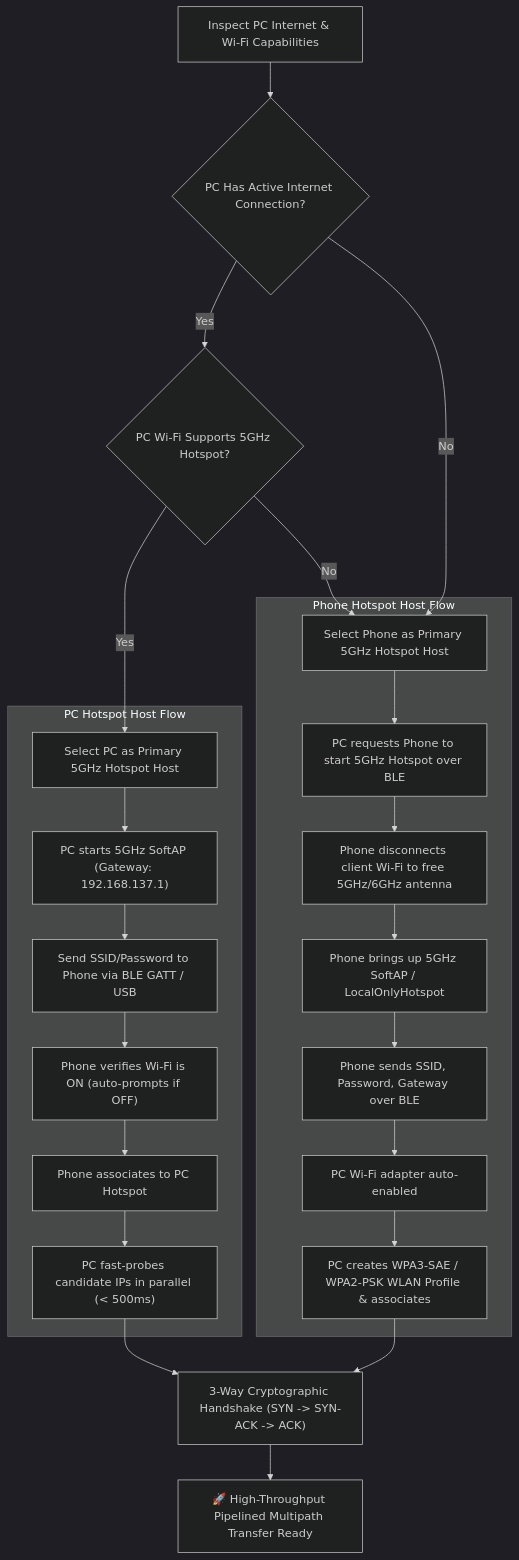
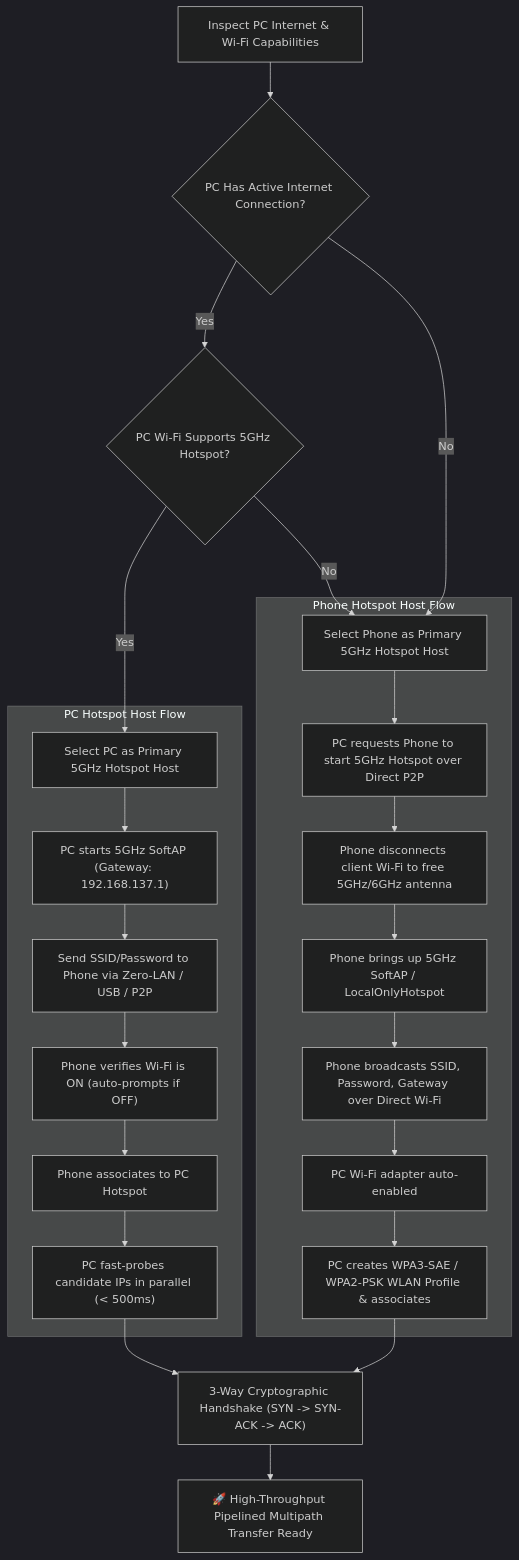
Before and after one commit to SamSunny4/ShareDash: the second of 3 diagrams in HOW_IT_WORKS.md, drawn with Mermaid (dark theme). The commit also changed other lines of this file and 19 other files, not shown here.

Commit message:
docs: remove all Bluetooth/BLE references in favor of Wi-Fi Direct and USB Fast-Path

````diff
--- a/HOW_IT_WORKS.md
+++ b/HOW_IT_WORKS.md
@@ -141,30 +142,30 @@
 ```mermaid
 flowchart TD
     Start["Inspect PC Internet & Wi-Fi Capabilities"] --> CheckInternet{"PC Has Active Internet Connection?"}
     
     CheckInternet -- Yes --> CheckPC5G{"PC Wi-Fi Supports 5GHz Hotspot?"}
     CheckPC5G -- Yes --> PCHost["Select PC as Primary 5GHz Hotspot Host"]
     CheckPC5G -- No --> PhoneHost["Select Phone as Primary 5GHz Hotspot Host"]
     CheckInternet -- No --> PhoneHost
 
     subgraph PCHostFlow ["PC Hotspot Host Flow"]
         PCHost --> PCStartAP["PC starts 5GHz SoftAP (Gateway: 192.168.137.1)"]
-        PCStartAP --> SendCredsBLE["Send SSID/Password to Phone via BLE GATT / USB"]
-        SendCredsBLE --> PhoneCheckWifi["Phone verifies Wi-Fi is ON (auto-prompts if OFF)"]
+        PCStartAP --> SendCredsDirect["Send SSID/Password to Phone via Zero-LAN / USB / P2P"]
+        SendCredsDirect --> PhoneCheckWifi["Phone verifies Wi-Fi is ON (auto-prompts if OFF)"]
         PhoneCheckWifi --> PhoneConnect["Phone associates to PC Hotspot"]
         PhoneConnect --> FastScan["PC fast-probes candidate IPs in parallel (< 500ms)"]
     end
 
     subgraph PhoneHostFlow ["Phone Hotspot Host Flow"]
-        PhoneHost --> ReqBLE["PC requests Phone to start 5GHz Hotspot over BLE"]
-        ReqBLE --> FreeBand["Phone disconnects client Wi-Fi to free 5GHz/6GHz antenna"]
+        PhoneHost --> ReqDirect["PC requests Phone to start 5GHz Hotspot over Direct P2P"]
+        ReqDirect --> FreeBand["Phone disconnects client Wi-Fi to free 5GHz/6GHz antenna"]
         FreeBand --> PhoneStartAP["Phone brings up 5GHz SoftAP / LocalOnlyHotspot"]
-        PhoneStartAP --> RetCreds["Phone sends SSID, Password, Gateway over BLE"]
+        PhoneStartAP --> RetCreds["Phone broadcasts SSID, Password, Gateway over Direct Wi-Fi"]
         RetCreds --> PCEngage["PC Wi-Fi adapter auto-enabled"]
         PCEngage --> PCConnectWPA3["PC creates WPA3-SAE / WPA2-PSK WLAN Profile & associates"]
     end
 
     FastScan --> Handshake["3-Way Cryptographic Handshake (SYN -> SYN-ACK -> ACK)"]
     PCConnectWPA3 --> Handshake
     Handshake --> Transfer["🚀 High-Throughput Pipelined Multipath Transfer Ready"]
 ```
````
